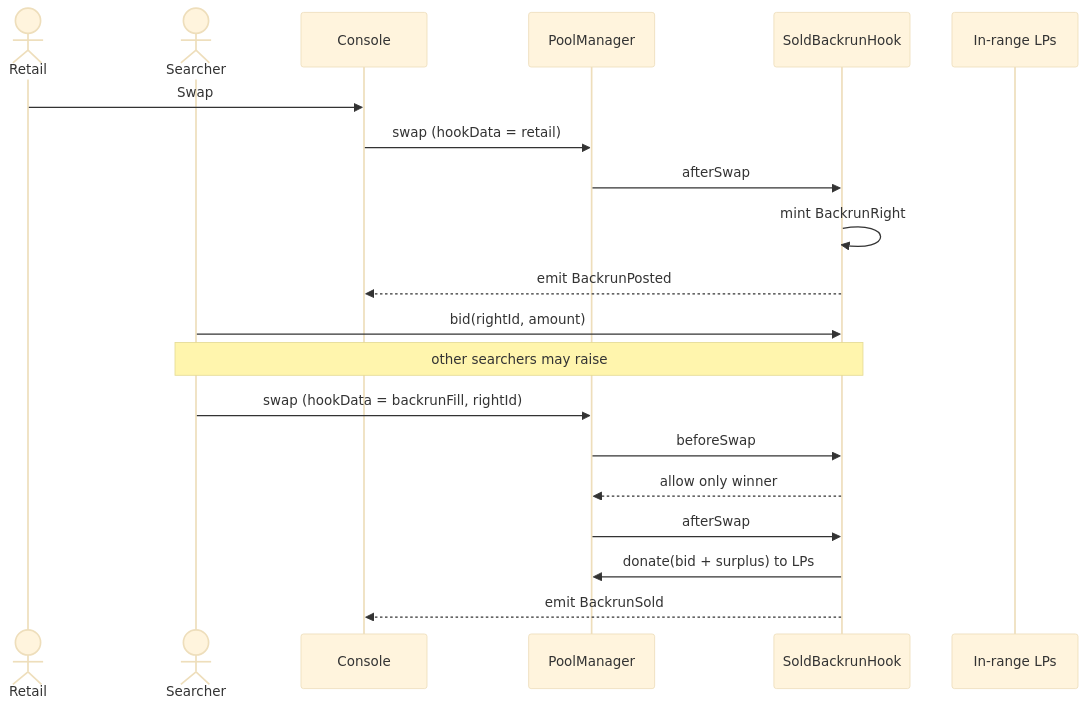
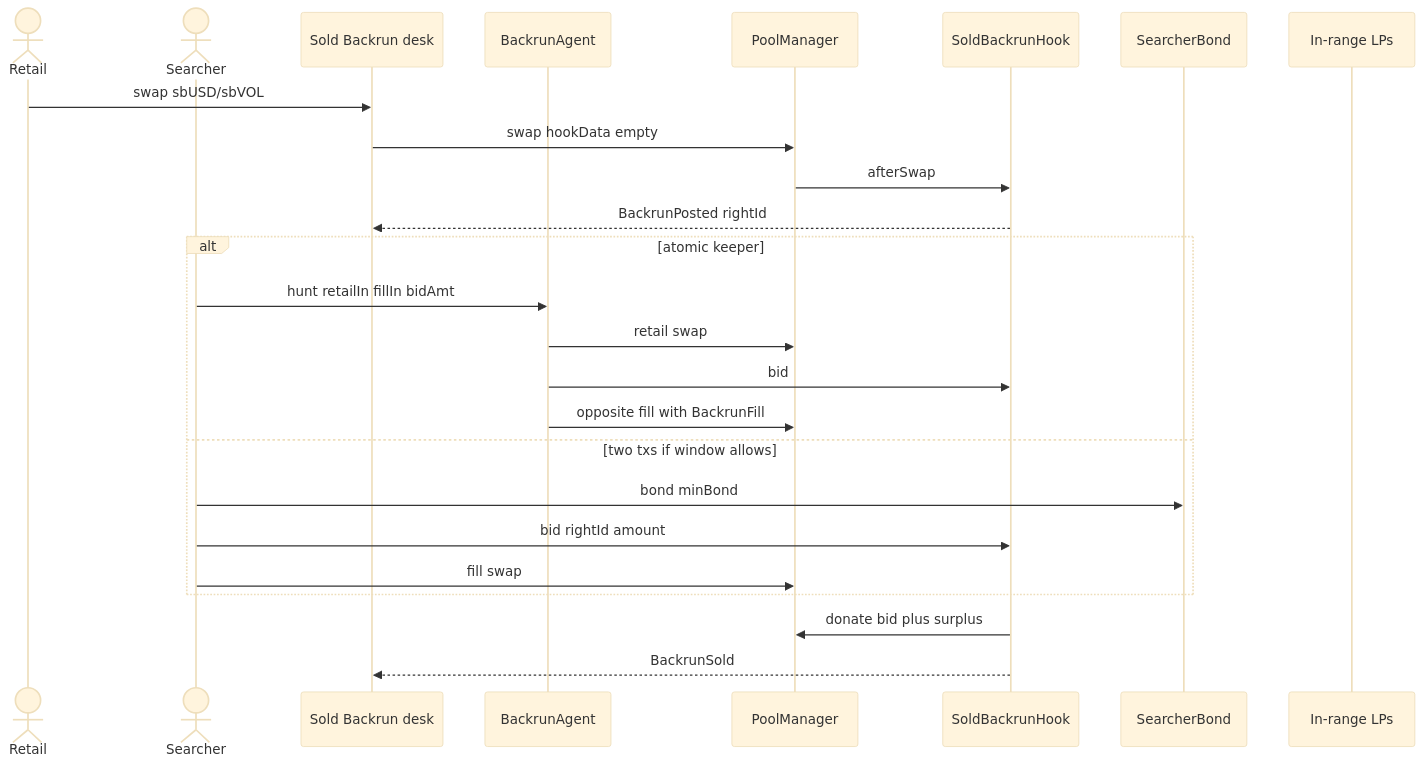
Before and after one commit to Najnomics/sold-backrun: the second of 3 diagrams in README.md, drawn with Mermaid (base theme). The commit also changed other lines of this file, not shown here.

Commit message:
Expand the README with idea, flow, deployments, integrations, and the business case.

````diff
--- a/README.md
+++ b/README.md
@@ -93,25 +65,29 @@
 ```mermaid
 sequenceDiagram
     actor Retail
     actor Searcher
-    participant UI as Console
+    participant Desk as Sold Backrun desk
+    participant Agent as BackrunAgent
     participant PM as PoolManager
     participant Hook as SoldBackrunHook
+    participant Bond as SearcherBond
     participant LPs as In-range LPs
 
-    Retail->>UI: Swap
-    UI->>PM: swap (hookData = retail)
+    Retail->>Desk: swap sbUSD/sbVOL
+    Desk->>PM: swap hookData empty
     PM->>Hook: afterSwap
-    Hook->>Hook: mint BackrunRight
-    Hook-->>UI: emit BackrunPosted
+    Hook-->>Desk: BackrunPosted rightId
 
-    Searcher->>Hook: bid(rightId, amount)
-    Note over Searcher,Hook: other searchers may raise
-
-    Searcher->>PM: swap (hookData = backrunFill, rightId)
-    PM->>Hook: beforeSwap
-    Hook-->>PM: allow only winner
-    PM->>Hook: afterSwap
-    Hook->>PM: donate(bid + surplus) to LPs
-    Hook-->>UI: emit BackrunSold
+    alt atomic keeper
+        Searcher->>Agent: hunt retailIn fillIn bidAmt
+        Agent->>PM: retail swap
+        Agent->>Hook: bid
+        Agent->>PM: opposite fill with BackrunFill
+    else two txs if window allows
+        Searcher->>Bond: bond minBond
+        Searcher->>Hook: bid rightId amount
+        Searcher->>PM: fill swap
+    end
+    Hook->>PM: donate bid plus surplus
+    Hook-->>Desk: BackrunSold
 ```
````
